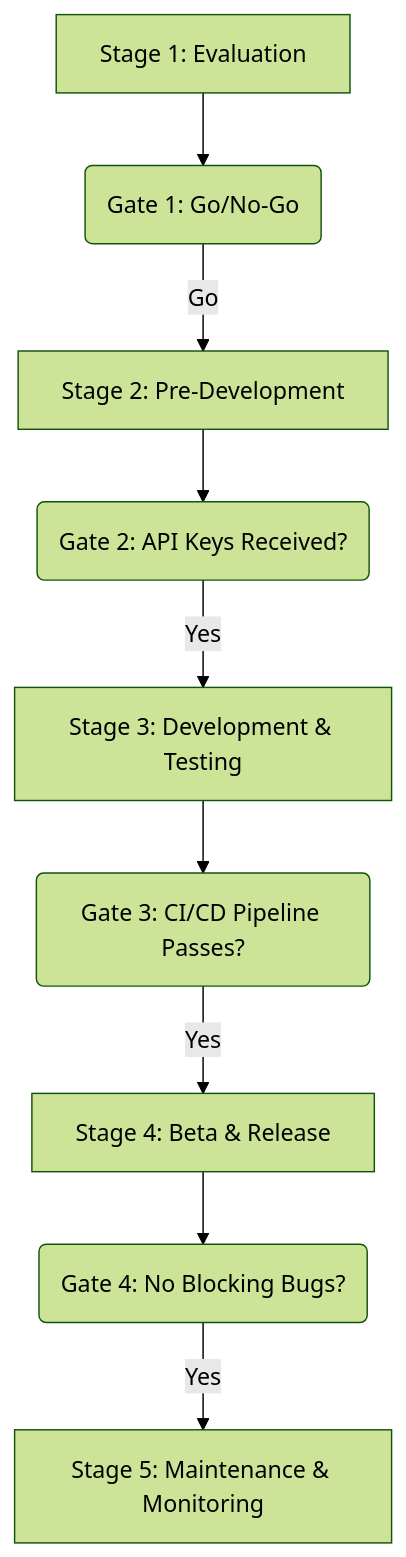
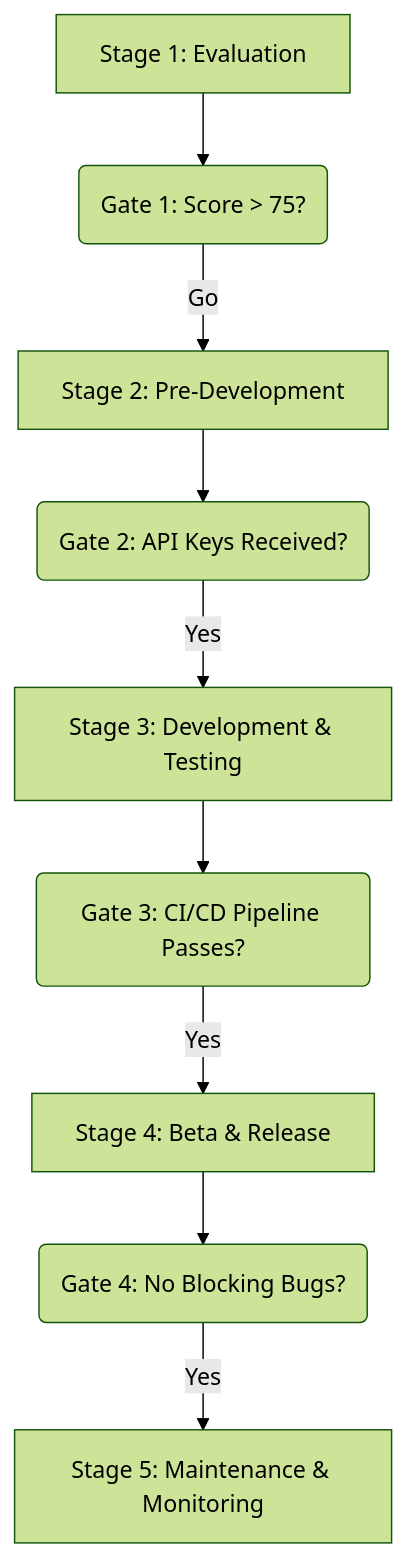
One commit to dino10bit/healthsync changed the second of 2 diagrams in docs/prd/33-third-party-integration.md. Above: the diagram before and after it, drawn with Mermaid (forest theme). The commit also changed other lines of this file and 11 other files, not shown here.

````diff
--- a/docs/prd/33-third-party-integration.md
+++ b/docs/prd/33-third-party-integration.md
@@ -105,11 +106,11 @@
 ```mermaid
 graph TD
-    A[Stage 1: Evaluation] --> B(Gate 1: Go/No-Go);
+    A[Stage 1: Evaluation] --> B(Gate 1: Score > 75?);
     B -- Go --> C[Stage 2: Pre-Development];
     C --> D(Gate 2: API Keys Received?);
     D -- Yes --> E[Stage 3: Development & Testing];
     E --> F(Gate 3: CI/CD Pipeline Passes?);
     F -- Yes --> G[Stage 4: Beta & Release];
     G --> H(Gate 4: No Blocking Bugs?);
     H -- Yes --> I[Stage 5: Maintenance & Monitoring];
 ```
````
